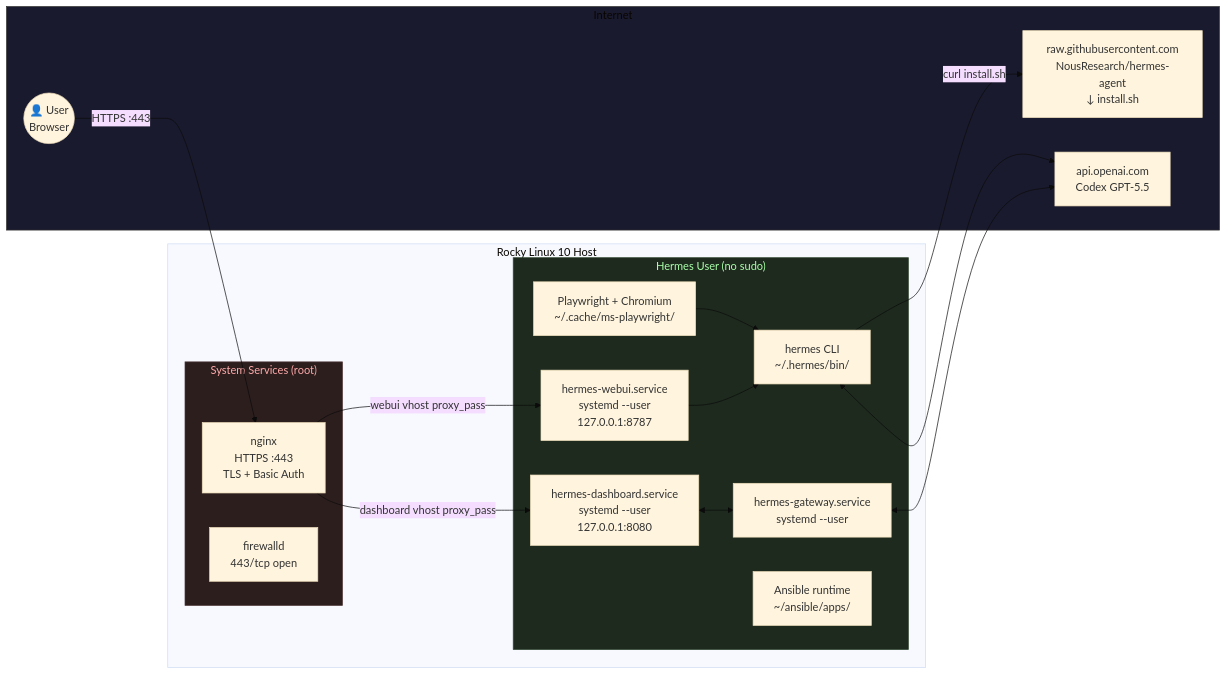
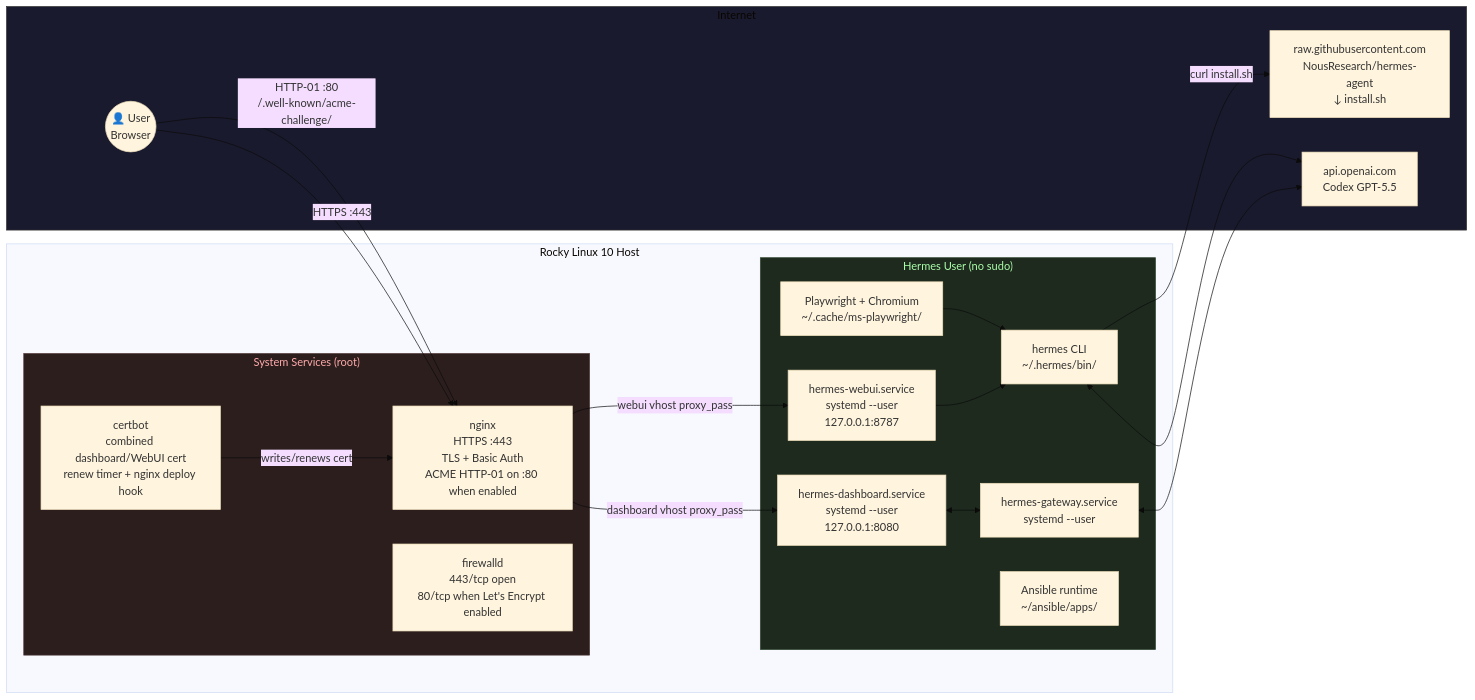
One commit to joe-speedboat/ansible.hermes_setup changed the second of 2 diagrams in docs/install-flowchart.md. Above: the diagram before and after it, drawn with Mermaid. The commit also changed other lines of this file and 1 other file, not shown here.

Commit message:
docs: expand letsencrypt manual and flowchart

````diff
--- a/docs/install-flowchart.md
+++ b/docs/install-flowchart.md
@@ -155,39 +177,42 @@
 ```mermaid
 %%{init: {'theme': 'base'}}%%
 flowchart LR
     subgraph EXTERNAL["Internet"]
         USER((👤 User\nBrowser))
         HERMES_INST["raw.githubusercontent.com\nNousResearch/hermes-agent\n↓ install.sh"]
         CODEX["api.openai.com\nCodex GPT-5.5"]
     end
 
     subgraph HOST["Rocky Linux 10 Host"]
         subgraph SYSTEM["System Services (root)"]
-            NGINX["nginx\nHTTPS :443\nTLS + Basic Auth"]
-            FIREWALL["firewalld\n443/tcp open"]
+            NGINX["nginx\nHTTPS :443\nTLS + Basic Auth\nACME HTTP-01 on :80 when enabled"]
+            CERTBOT["certbot\ncombined dashboard/WebUI cert\nrenew timer + nginx deploy hook"]
+            FIREWALL["firewalld\n443/tcp open\n80/tcp when Let's Encrypt enabled"]
         end
 
         subgraph HERMES_USER["Hermes User (no sudo)"]
             GW["hermes-gateway.service\nsystemd --user"]
             DASH["hermes-dashboard.service\nsystemd --user\n127.0.0.1:8080"]
             WEBUI["hermes-webui.service\nsystemd --user\n127.0.0.1:8787"]
             CLI["hermes CLI\n~/.hermes/bin/"]
             ANSIBLE["Ansible runtime\n~/ansible/apps/"]
             PW["Playwright + Chromium\n~/.cache/ms-playwright/"]
         end
     end
 
     USER -->|"HTTPS :443"| NGINX
+    USER -->|"HTTP-01 :80\n/.well-known/acme-challenge/"| NGINX
+    CERTBOT -->|"writes/renews cert"| NGINX
     NGINX -->|"dashboard vhost proxy_pass"| DASH
     NGINX -->|"webui vhost proxy_pass"| WEBUI
     DASH <--> GW
     WEBUI --> CLI
     GW <--> CODEX
     CLI -->|"curl install.sh"| HERMES_INST
     CLI <--> CODEX
     PW --> CLI
 
     style EXTERNAL fill:#1a1a2e,stroke:#333
     style SYSTEM fill:#2d1e1e,stroke:#4a3333,color:#ffaaaa
     style HERMES_USER fill:#1e2a1e,stroke:#334a33,color:#aaffaa
 ```
````
